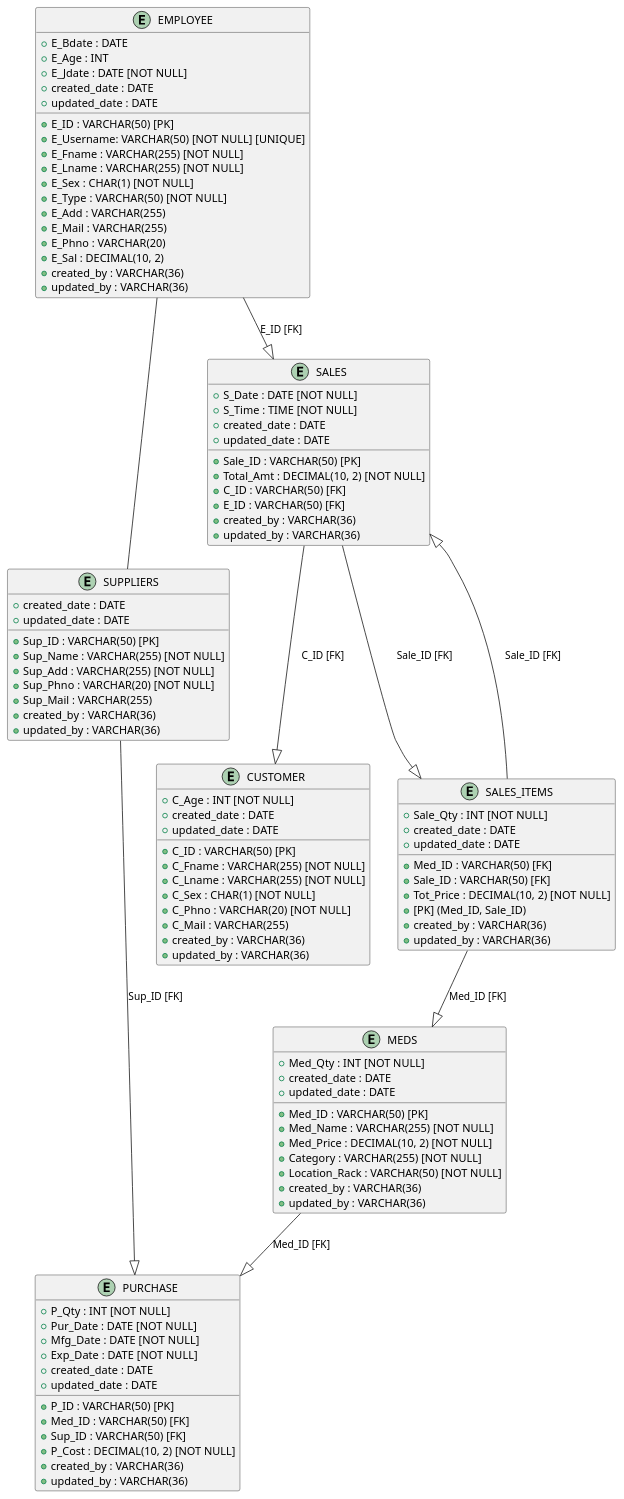
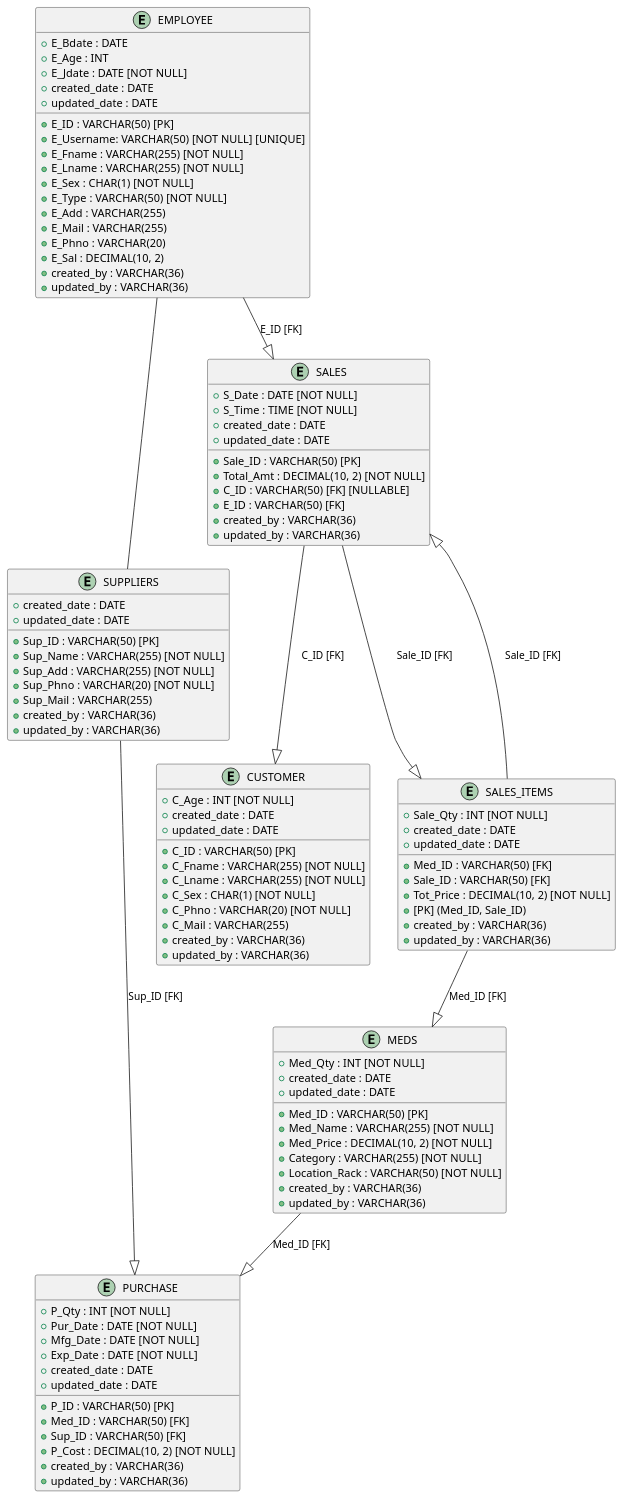
The diagram in design/RDM.puml (viettq1997/pharmacy-system), drawn with PlantUML before and after one commit. The commit also changed 14 other files, not shown here.

```diff
--- a/design/RDM.puml
+++ b/design/RDM.puml
@@ -1,110 +1,110 @@
 @startuml
 
 entity "EMPLOYEE" as Employee {
   + E_ID : VARCHAR(50) [PK]
   + E_Username: VARCHAR(50) [NOT NULL] [UNIQUE]
   + E_Fname : VARCHAR(255) [NOT NULL]
   + E_Lname : VARCHAR(255) [NOT NULL]
   + E_Bdate : DATE
   + E_Age : INT
   + E_Sex : CHAR(1) [NOT NULL]
   + E_Type : VARCHAR(50) [NOT NULL]
   + E_Jdate : DATE [NOT NULL]
   + E_Add : VARCHAR(255)
   + E_Mail : VARCHAR(255)
   + E_Phno : VARCHAR(20)
   + E_Sal : DECIMAL(10, 2)
   + created_date : DATE
   + created_by : VARCHAR(36)
   + updated_date : DATE
   + updated_by : VARCHAR(36)
 }
 
 entity "SUPPLIERS" as Suppliers {
   + Sup_ID : VARCHAR(50) [PK]
   + Sup_Name : VARCHAR(255) [NOT NULL]
   + Sup_Add : VARCHAR(255) [NOT NULL]
   + Sup_Phno : VARCHAR(20) [NOT NULL]
   + Sup_Mail : VARCHAR(255)
   + created_date : DATE
   + created_by : VARCHAR(36)
   + updated_date : DATE
   + updated_by : VARCHAR(36)
 }
 
 entity "CUSTOMER" as Customer {
   + C_ID : VARCHAR(50) [PK]
   + C_Fname : VARCHAR(255) [NOT NULL]
   + C_Lname : VARCHAR(255) [NOT NULL]
   + C_Age : INT [NOT NULL]
   + C_Sex : CHAR(1) [NOT NULL]
   + C_Phno : VARCHAR(20) [NOT NULL]
   + C_Mail : VARCHAR(255)
   + created_date : DATE
   + created_by : VARCHAR(36)
   + updated_date : DATE
   + updated_by : VARCHAR(36)
 }
 
 entity "MEDS" as Meds {
   + Med_ID : VARCHAR(50) [PK]
   + Med_Name : VARCHAR(255) [NOT NULL]
   + Med_Qty : INT [NOT NULL]
   + Med_Price : DECIMAL(10, 2) [NOT NULL]
   + Category : VARCHAR(255) [NOT NULL]
   + Location_Rack : VARCHAR(50) [NOT NULL]
   + created_date : DATE
   + created_by : VARCHAR(36)
   + updated_date : DATE
   + updated_by : VARCHAR(36)
 }
 
 entity "PURCHASE" as Purchase {
   + P_ID : VARCHAR(50) [PK]
   + Med_ID : VARCHAR(50) [FK]
   + Sup_ID : VARCHAR(50) [FK]
   + P_Qty : INT [NOT NULL]
   + P_Cost : DECIMAL(10, 2) [NOT NULL]
   + Pur_Date : DATE [NOT NULL]
   + Mfg_Date : DATE [NOT NULL]
   + Exp_Date : DATE [NOT NULL]
   + created_date : DATE
   + created_by : VARCHAR(36)
   + updated_date : DATE
   + updated_by : VARCHAR(36)
 }
 
 entity "SALES" as Sales {
   + Sale_ID : VARCHAR(50) [PK]
   + S_Date : DATE [NOT NULL]
   + S_Time : TIME [NOT NULL]
   + Total_Amt : DECIMAL(10, 2) [NOT NULL]
-  + C_ID : VARCHAR(50) [FK]
+  + C_ID : VARCHAR(50) [FK] [NULLABLE]
   + E_ID : VARCHAR(50) [FK]
   + created_date : DATE
   + created_by : VARCHAR(36)
   + updated_date : DATE
   + updated_by : VARCHAR(36)
 }
 
 entity "SALES_ITEMS" as SalesItems {
   + Med_ID : VARCHAR(50) [FK]
   + Sale_ID : VARCHAR(50) [FK]
   + Sale_Qty : INT [NOT NULL]
   + Tot_Price : DECIMAL(10, 2) [NOT NULL]
   + [PK] (Med_ID, Sale_ID)
   + created_date : DATE
   + created_by : VARCHAR(36)
   + updated_date : DATE
   + updated_by : VARCHAR(36)
 }
 
 Employee --|> Sales : E_ID [FK]
 Employee -- Suppliers
 Sales --|> SalesItems : Sale_ID [FK]
 SalesItems --|> Meds : Med_ID [FK]
 SalesItems --|> Sales : Sale_ID [FK]
 Meds --|> Purchase : Med_ID [FK]
 Suppliers --|> Purchase : Sup_ID [FK]
 Sales --|> Customer : C_ID [FK]
 @enduml
```
